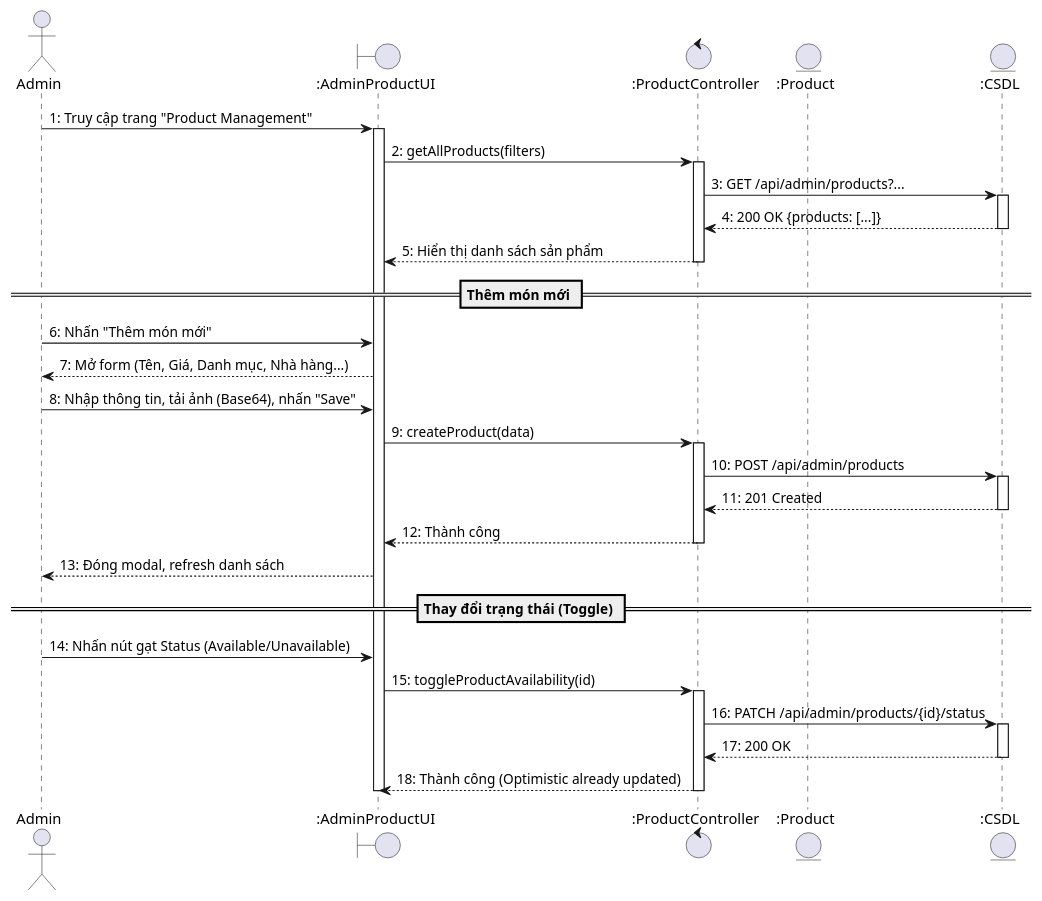
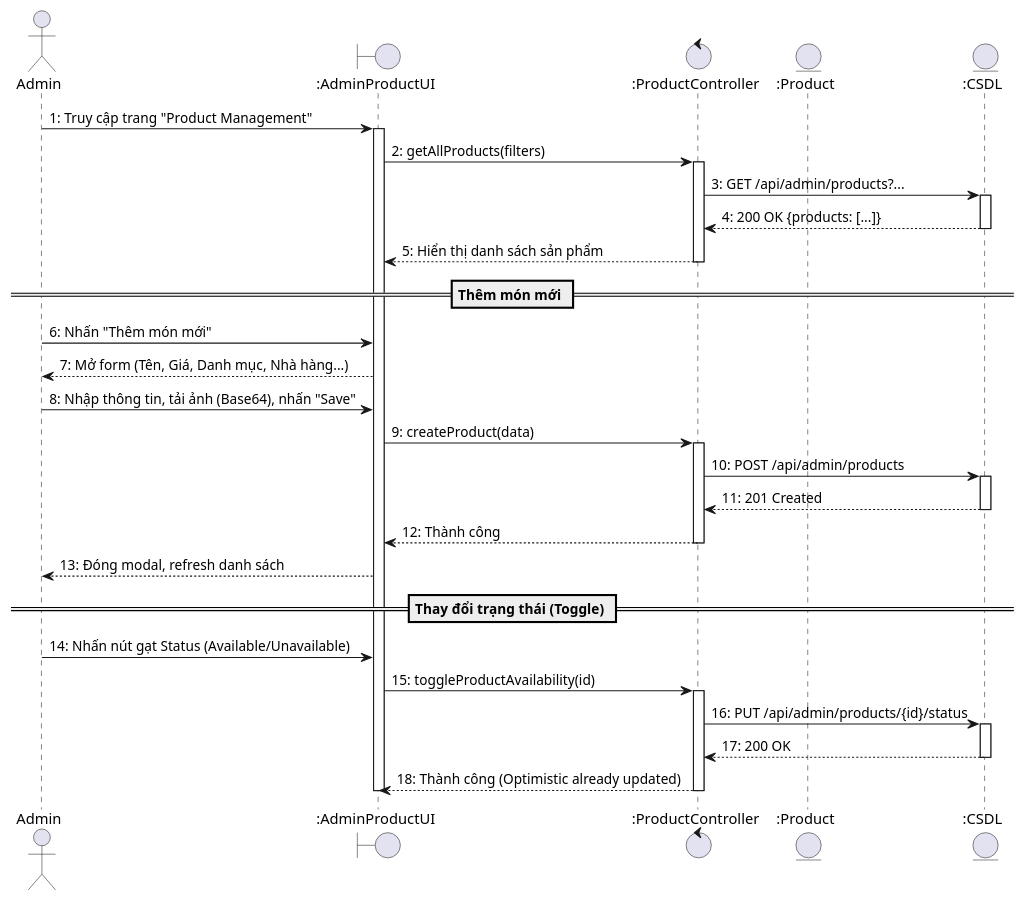
One commit to Gonztbl/DATN_FRONT-END changed the diagram in front-end/src/usecaseUML/UC74_AdminQuanLySanPham.puml. Above: the diagram before and after it, drawn with PlantUML. The commit also changed 40 other files, not shown here.

```diff
--- a/front-end/src/usecaseUML/UC74_AdminQuanLySanPham.puml
+++ b/front-end/src/usecaseUML/UC74_AdminQuanLySanPham.puml
@@ -1,46 +1,46 @@
 @startuml UC74_AdminQuanLySanPham
 actor Admin
 boundary ":AdminProductUI" as UI
 control ":ProductController" as CTRL
 entity ":Product" as ENT
 entity ":CSDL" as DB
 
 Admin -> UI : 1: Truy cập trang "Product Management"
 activate UI
 
 UI -> CTRL : 2: getAllProducts(filters)
 activate CTRL
 CTRL -> DB : 3: GET /api/admin/products?...
 activate DB
 DB --> CTRL : 4: 200 OK {products: [...]}
 deactivate DB
 CTRL --> UI : 5: Hiển thị danh sách sản phẩm
 deactivate CTRL
 
 == Thêm món mới ==
 Admin -> UI : 6: Nhấn "Thêm món mới"
 UI --> Admin : 7: Mở form (Tên, Giá, Danh mục, Nhà hàng...)
 Admin -> UI : 8: Nhập thông tin, tải ảnh (Base64), nhấn "Save"
 UI -> CTRL : 9: createProduct(data)
 activate CTRL
 CTRL -> DB : 10: POST /api/admin/products
 activate DB
 DB --> CTRL : 11: 201 Created
 deactivate DB
 CTRL --> UI : 12: Thành công
 deactivate CTRL
 UI --> Admin : 13: Đóng modal, refresh danh sách
 
 == Thay đổi trạng thái (Toggle) ==
 Admin -> UI : 14: Nhấn nút gạt Status (Available/Unavailable)
 UI -> CTRL : 15: toggleProductAvailability(id)
 activate CTRL
-CTRL -> DB : 16: PATCH /api/admin/products/{id}/status
+CTRL -> DB : 16: PUT /api/admin/products/{id}/status
 activate DB
 DB --> CTRL : 17: 200 OK
 deactivate DB
 CTRL --> UI : 18: Thành công (Optimistic already updated)
 deactivate CTRL
 
 deactivate UI
 @enduml
```
